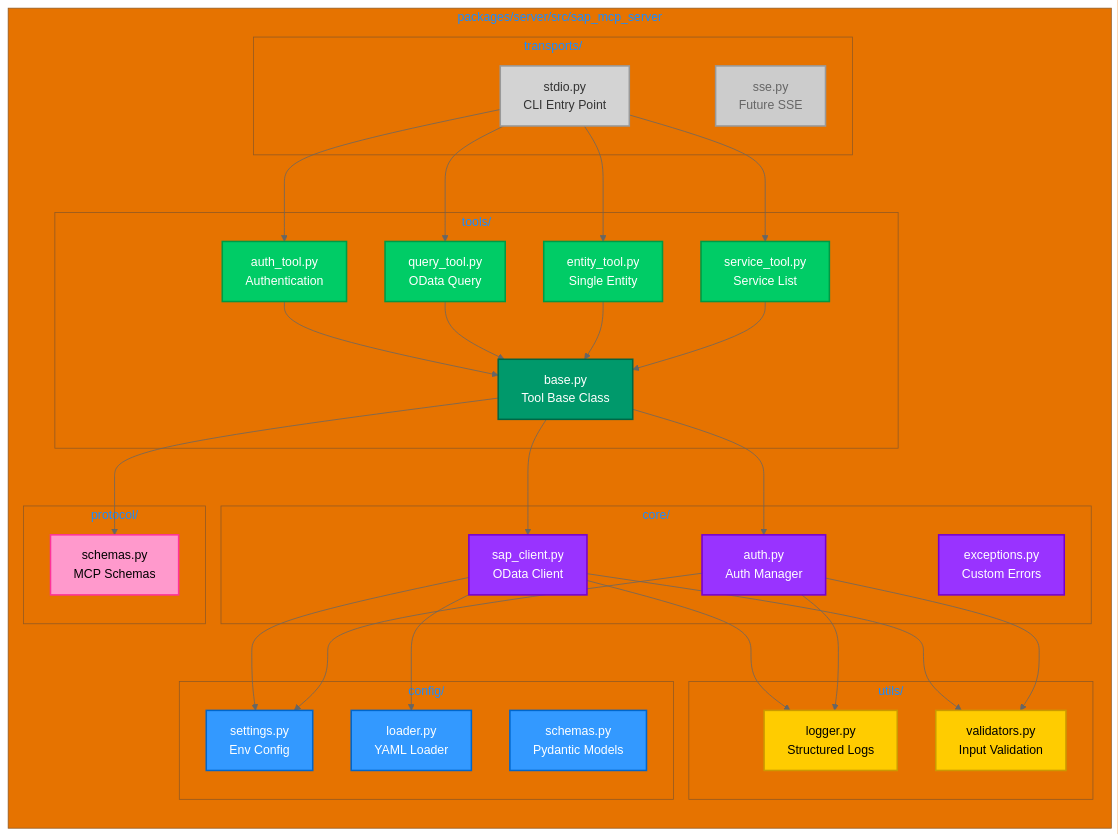
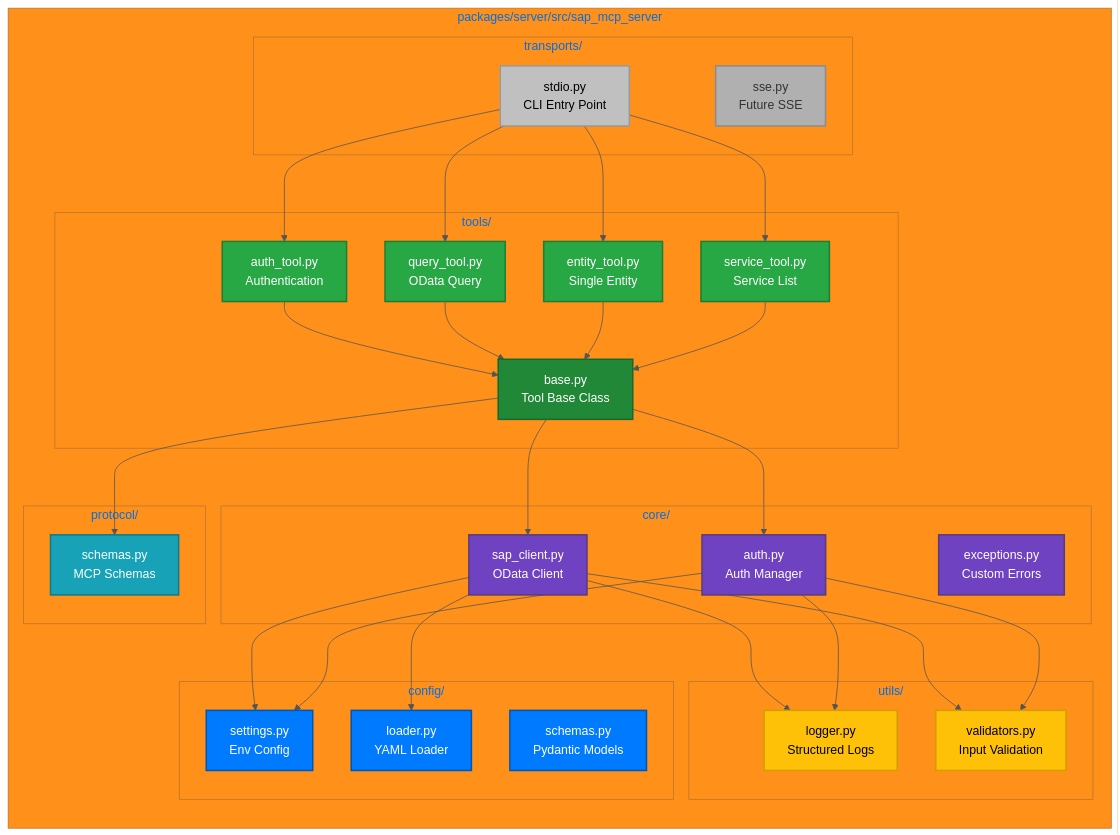
The second of 5 diagrams in README.md (midasol/sap-mcp-server), drawn with Mermaid before and after one commit. The commit also changed other lines of this file and 1 other file, not shown here.

````diff
--- a/README.md
+++ b/README.md
@@ -97,56 +97,56 @@
 ```mermaid
-%%{init: {'theme':'base', 'themeVariables': { 'primaryColor':'#0066cc','primaryTextColor':'#ffffff','primaryBorderColor':'#004d99','lineColor':'#666666','secondaryColor':'#ff6600'}}}%%
+%%{init: {'theme':'base', 'themeVariables': { 'primaryColor':'#007BFF','primaryTextColor':'#FFFFFF','primaryBorderColor':'#0056B3','lineColor':'#555555','secondaryColor':'#28A745'}}}%%
 graph LR
     subgraph "packages/server/src/sap_mcp_server"
         subgraph "transports/"
             T1[stdio.py<br/>CLI Entry Point]:::transportNode
             T2[sse.py<br/>Future SSE]:::futureNode
         end
 
         subgraph "tools/"
             TO1[auth_tool.py<br/>Authentication]:::toolNode
             TO2[query_tool.py<br/>OData Query]:::toolNode
             TO3[entity_tool.py<br/>Single Entity]:::toolNode
             TO4[service_tool.py<br/>Service List]:::toolNode
             TO5[base.py<br/>Tool Base Class]:::baseNode
         end
 
         subgraph "core/"
             C1[sap_client.py<br/>OData Client]:::coreNode
             C2[auth.py<br/>Auth Manager]:::coreNode
             C3[exceptions.py<br/>Custom Errors]:::coreNode
         end
 
         subgraph "config/"
             CF1[settings.py<br/>Env Config]:::configNode
             CF2[loader.py<br/>YAML Loader]:::configNode
             CF3[schemas.py<br/>Pydantic Models]:::configNode
         end
 
         subgraph "utils/"
             U1[logger.py<br/>Structured Logs]:::utilNode
             U2[validators.py<br/>Input Validation]:::utilNode
         end
 
         subgraph "protocol/"
             P1[schemas.py<br/>MCP Schemas]:::protocolNode
         end
     end
 
     T1 --> TO1 & TO2 & TO3 & TO4
     TO1 & TO2 & TO3 & TO4 --> TO5
     TO5 --> C1 & C2
     C1 --> CF1 & CF2
     C2 --> CF1
     C1 & C2 --> U1 & U2
     TO5 --> P1
 
-    classDef transportNode fill:#d3d3d3,stroke:#999999,stroke-width:2px,color:#333333
-    classDef futureNode fill:#cccccc,stroke:#999999,stroke-width:2px,color:#666666
-    classDef toolNode fill:#00cc66,stroke:#009944,stroke-width:2px,color:#ffffff
-    classDef baseNode fill:#00996b,stroke:#006644,stroke-width:2px,color:#ffffff
-    classDef coreNode fill:#9933ff,stroke:#7700cc,stroke-width:2px,color:#ffffff
-    classDef configNode fill:#3399ff,stroke:#0066cc,stroke-width:2px,color:#ffffff
-    classDef utilNode fill:#ffcc00,stroke:#cc9900,stroke-width:2px,color:#000000
-    classDef protocolNode fill:#ff99cc,stroke:#ff3399,stroke-width:2px,color:#000000
+    classDef transportNode fill:#C0C0C0,stroke:#9A9A9A,stroke-width:2px,color:#000000
+    classDef futureNode fill:#B0B0B0,stroke:#8C8C8C,stroke-width:2px,color:#333333
+    classDef toolNode fill:#28A745,stroke:#1E7E34,stroke-width:2px,color:#FFFFFF
+    classDef baseNode fill:#218838,stroke:#19692C,stroke-width:2px,color:#FFFFFF
+    classDef coreNode fill:#6F42C1,stroke:#563D7C,stroke-width:2px,color:#FFFFFF
+    classDef configNode fill:#007BFF,stroke:#0056B3,stroke-width:2px,color:#FFFFFF
+    classDef utilNode fill:#FFC107,stroke:#D39E00,stroke-width:2px,color:#000000
+    classDef protocolNode fill:#17A2B8,stroke:#117A8B,stroke-width:2px,color:#FFFFFF
 ```
````
